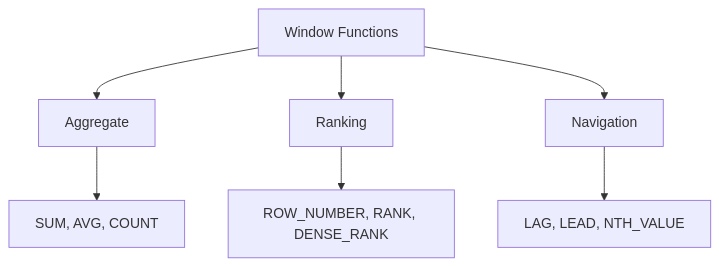
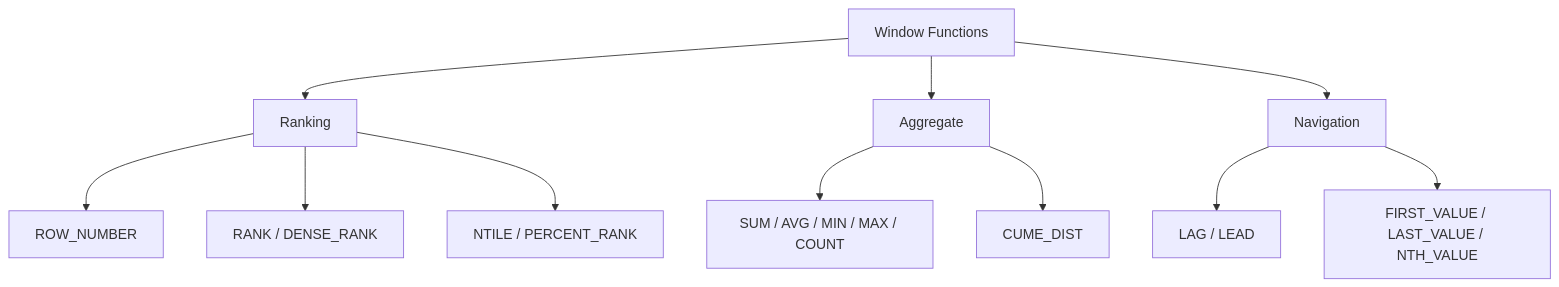
The diagram in spark-sql/docs/window/window/index.md (mahfooziiitian/spark-batch), drawn with Mermaid before and after one commit. The commit also changed other lines of this file and 312 other files, not shown here.

````diff
--- a/spark-sql/docs/window/window/index.md
+++ b/spark-sql/docs/window/window/index.md
@@ -7,9 +9,13 @@
 ```mermaid
 graph TD
-    A["Window Functions"] --> B["Aggregate"]
-    A --> C["Ranking"]
-    A --> D["Navigation"]
-    B --> B1["SUM, AVG, COUNT"]
-    C --> C1["ROW_NUMBER, RANK, DENSE_RANK"]
-    D --> D1["LAG, LEAD, NTH_VALUE"]
+    W[Window Functions] --> R[Ranking]
+    W --> A[Aggregate]
+    W --> N[Navigation]
+    R --> R1[ROW_NUMBER]
+    R --> R2[RANK / DENSE_RANK]
+    R --> R3[NTILE / PERCENT_RANK]
+    A --> A1[SUM / AVG / MIN / MAX / COUNT]
+    A --> A2[CUME_DIST]
+    N --> N1[LAG / LEAD]
+    N --> N2[FIRST_VALUE / LAST_VALUE / NTH_VALUE]
 ```
````
